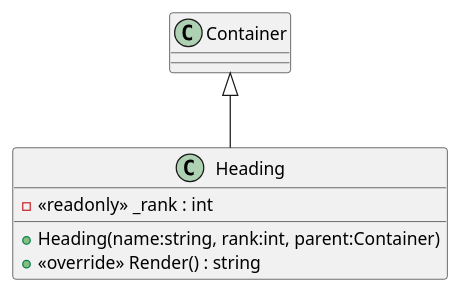
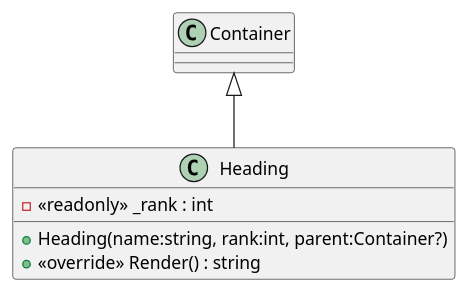
The diagram in Diagrams/AutoGeneratedModel/Text/Heading.puml (anatolii-dotsenko/Optima_OOP), drawn with PlantUML before and after one commit. The commit also changed 54 other files, not shown here.

```diff
--- a/Diagrams/AutoGeneratedModel/Text/Heading.puml
+++ b/Diagrams/AutoGeneratedModel/Text/Heading.puml
@@ -1,8 +1,8 @@
 @startuml
 class Heading {
     - <<readonly>> _rank : int
-    + Heading(name:string, rank:int, parent:Container)
+    + Heading(name:string, rank:int, parent:Container?)
     + <<override>> Render() : string
 }
 Container <|-- Heading
 @enduml
```
